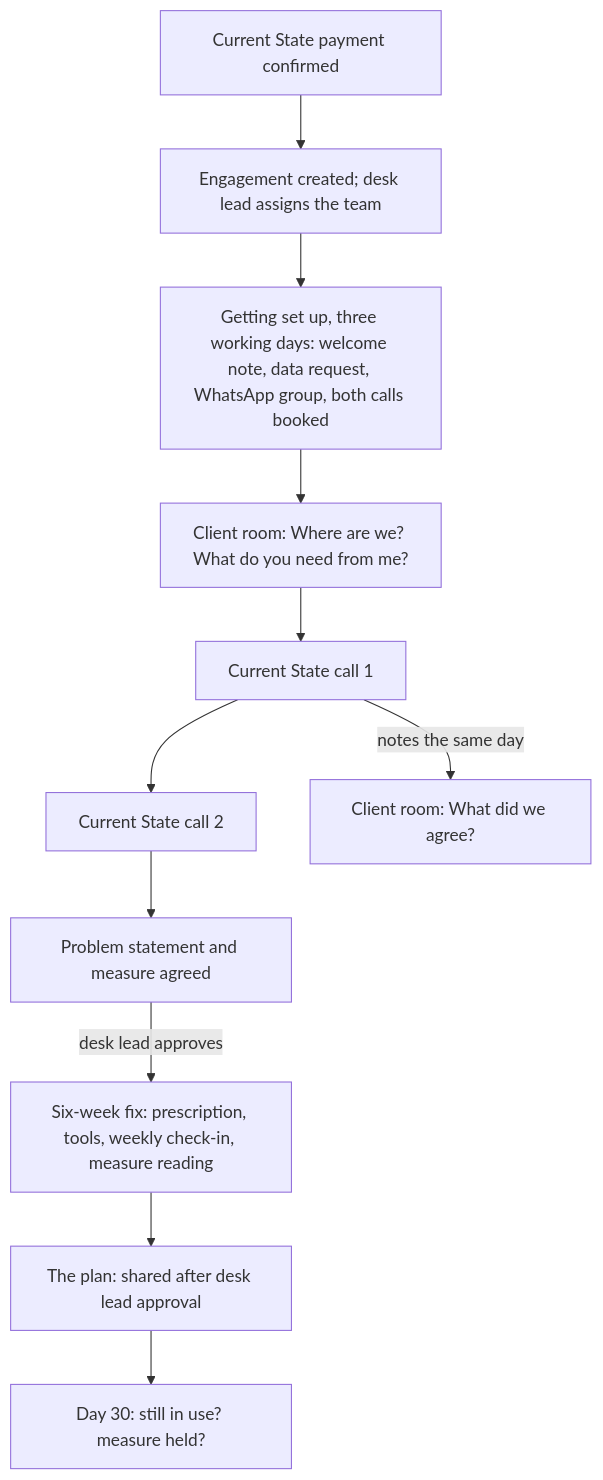
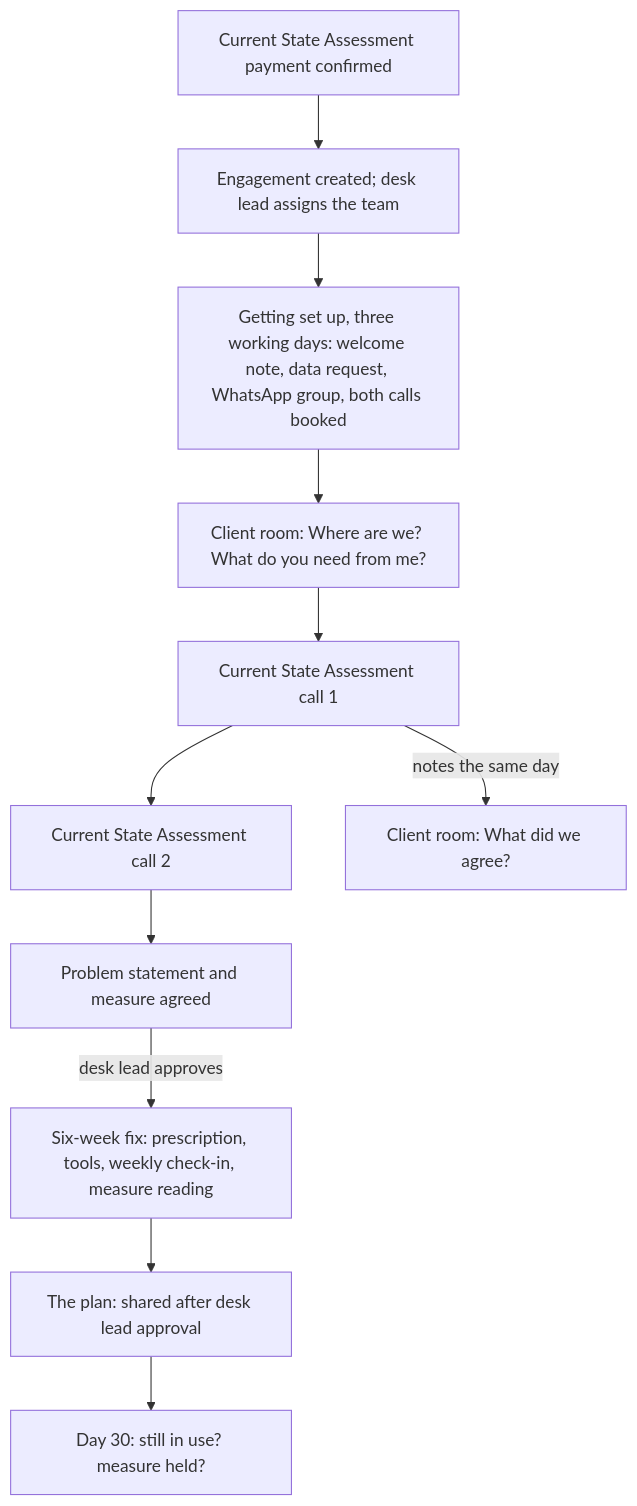
Before and after one commit to IPfactory01/IPF-SME: the third of 3 diagrams in docs/product/03-app-flow.md, drawn with Mermaid. The commit also changed other lines of this file and 24 other files, not shown here.

First line of the commit message:
Call the paid assessment "Current State Assessment" everywhere

````diff
--- a/docs/product/03-app-flow.md
+++ b/docs/product/03-app-flow.md
@@ -183,12 +183,12 @@
 ```mermaid
 flowchart TD
-  P[Current State payment confirmed] --> E1[Engagement created; desk lead assigns the team]
+  P[Current State Assessment payment confirmed] --> E1[Engagement created; desk lead assigns the team]
   E1 --> E2[Getting set up, three working days: welcome note, data request, WhatsApp group, both calls booked]
   E2 --> E3[Client room: Where are we? What do you need from me?]
-  E3 --> CS1[Current State call 1] --> CS2[Current State call 2]
+  E3 --> CS1[Current State Assessment call 1] --> CS2[Current State Assessment call 2]
   CS1 -->|notes the same day| E4[Client room: What did we agree?]
   CS2 --> PS[Problem statement and measure agreed]
   PS -->|desk lead approves| FX[Six-week fix: prescription, tools, weekly check-in, measure reading]
   FX --> PL[The plan: shared after desk lead approval]
   PL --> D30[Day 30: still in use? measure held?]
 ```
````
